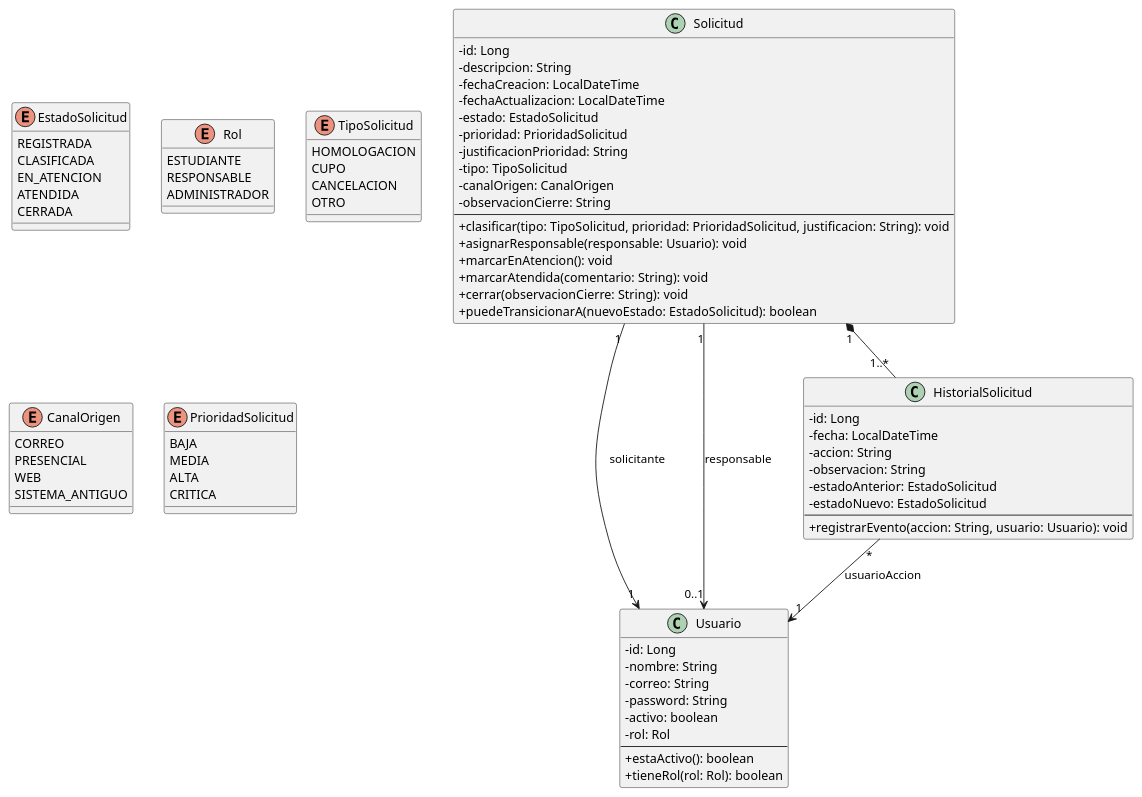
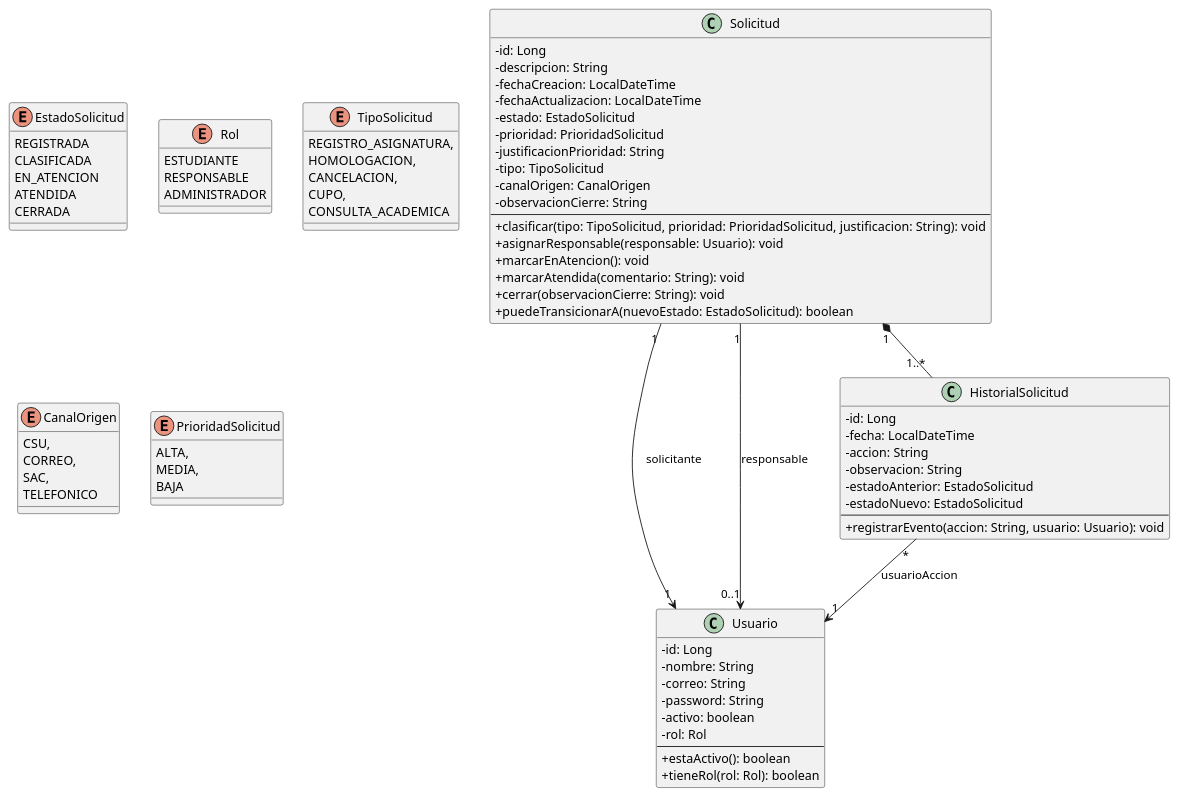
One commit to SSeanjjo/Triage-solicitudes-academicas changed the diagram in docs/UML/Estructura.puml. Above: the diagram before and after it, drawn with PlantUML. The commit also changed 33 other files, not shown here.

```diff
--- a/docs/UML/Estructura.puml
+++ b/docs/UML/Estructura.puml
@@ -1,87 +1,87 @@
 @startuml
 skinparam classAttributeIconSize 0
 
 enum EstadoSolicitud {
   REGISTRADA
   CLASIFICADA
   EN_ATENCION
   ATENDIDA
   CERRADA
 }
 
 enum Rol {
   ESTUDIANTE
   RESPONSABLE
   ADMINISTRADOR
 }
 
 enum TipoSolicitud {
-  HOMOLOGACION
-  CUPO
-  CANCELACION
-  OTRO
+   REGISTRO_ASIGNATURA,
+   HOMOLOGACION,
+   CANCELACION,
+   CUPO,
+   CONSULTA_ACADEMICA
 }
 
 enum CanalOrigen {
-  CORREO
-  PRESENCIAL
-  WEB
-  SISTEMA_ANTIGUO
+     CSU,
+     CORREO,
+     SAC,
+     TELEFONICO
 }
 
 enum PrioridadSolicitud {
-  BAJA
-  MEDIA
-  ALTA
-  CRITICA
+      ALTA,
+      MEDIA,
+      BAJA
 }
 
 class Usuario {
   - id: Long
   - nombre: String
   - correo: String
   - password: String
   - activo: boolean
   - rol: Rol
   --
   + estaActivo(): boolean
   + tieneRol(rol: Rol): boolean
 }
 
 class Solicitud {
   - id: Long
   - descripcion: String
   - fechaCreacion: LocalDateTime
   - fechaActualizacion: LocalDateTime
   - estado: EstadoSolicitud
   - prioridad: PrioridadSolicitud
   - justificacionPrioridad: String
   - tipo: TipoSolicitud
   - canalOrigen: CanalOrigen
   - observacionCierre: String
   --
   + clasificar(tipo: TipoSolicitud, prioridad: PrioridadSolicitud, justificacion: String): void
   + asignarResponsable(responsable: Usuario): void
   + marcarEnAtencion(): void
   + marcarAtendida(comentario: String): void
   + cerrar(observacionCierre: String): void
   + puedeTransicionarA(nuevoEstado: EstadoSolicitud): boolean
 }
 
 class HistorialSolicitud {
   - id: Long
   - fecha: LocalDateTime
   - accion: String
   - observacion: String
   - estadoAnterior: EstadoSolicitud
   - estadoNuevo: EstadoSolicitud
   --
   + registrarEvento(accion: String, usuario: Usuario): void
 }
 
 Solicitud "1" --> "1" Usuario : solicitante
 Solicitud "1" --> "0..1" Usuario : responsable
 Solicitud "1" *-- "1..*" HistorialSolicitud
 HistorialSolicitud "*" --> "1" Usuario : usuarioAccion
 
 @enduml
```
